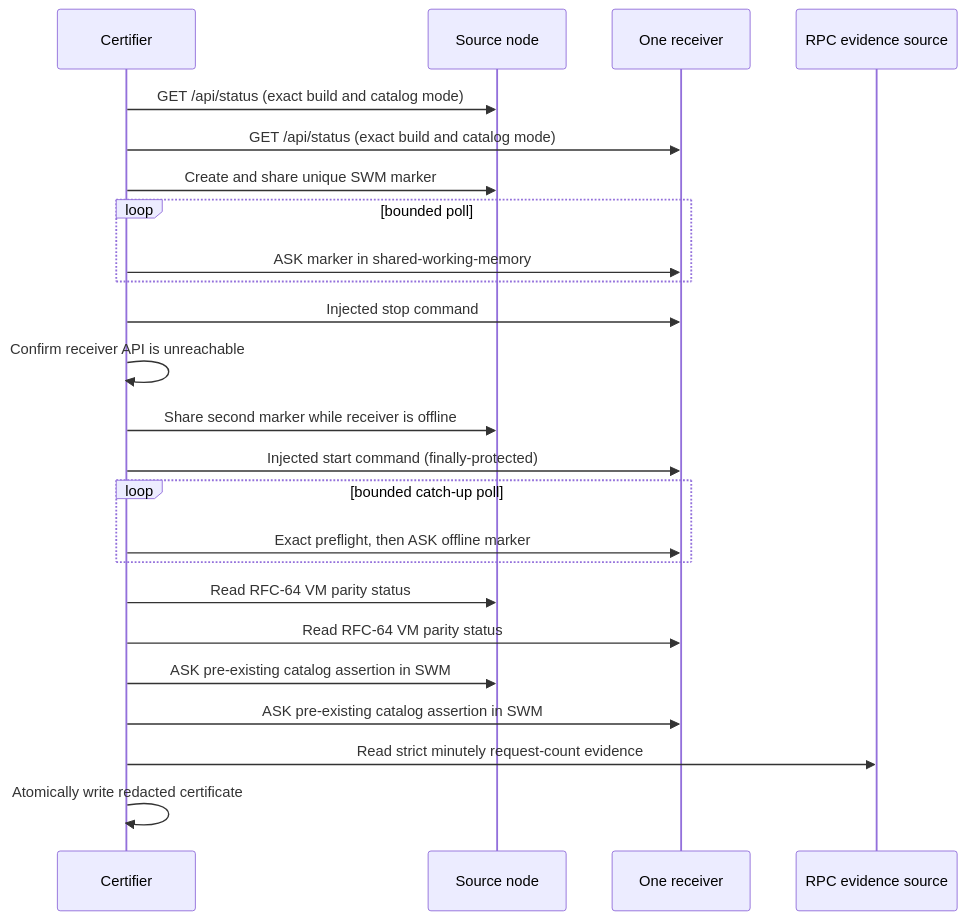
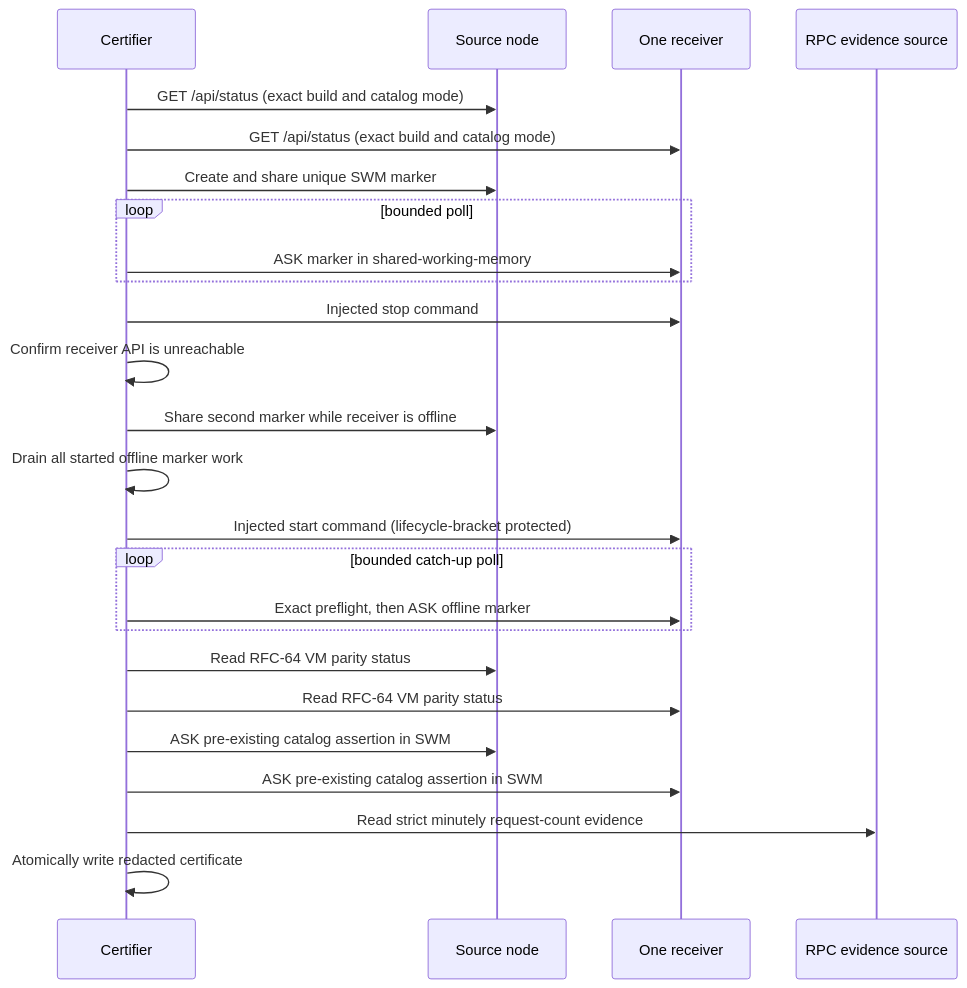
One commit to OriginTrail/dkg changed the diagram in packages/agent/devnet/rfc64-remote-canary/README.md. Above: the diagram before and after it, drawn with Mermaid. The commit also changed other lines of this file and 16 other files, not shown here.

````diff
--- a/packages/agent/devnet/rfc64-remote-canary/README.md
+++ b/packages/agent/devnet/rfc64-remote-canary/README.md
@@ -62,27 +63,28 @@
 ```mermaid
 sequenceDiagram
   participant C as Certifier
   participant S as Source node
   participant R as One receiver
   participant E as RPC evidence source
 
   C->>S: GET /api/status (exact build and catalog mode)
   C->>R: GET /api/status (exact build and catalog mode)
   C->>S: Create and share unique SWM marker
   loop bounded poll
     C->>R: ASK marker in shared-working-memory
   end
   C->>R: Injected stop command
   C->>C: Confirm receiver API is unreachable
   C->>S: Share second marker while receiver is offline
-  C->>R: Injected start command (finally-protected)
+  C->>C: Drain all started offline marker work
+  C->>R: Injected start command (lifecycle-bracket protected)
   loop bounded catch-up poll
     C->>R: Exact preflight, then ASK offline marker
   end
   C->>S: Read RFC-64 VM parity status
   C->>R: Read RFC-64 VM parity status
   C->>S: ASK pre-existing catalog assertion in SWM
   C->>R: ASK pre-existing catalog assertion in SWM
   C->>E: Read strict minutely request-count evidence
   C->>C: Atomically write redacted certificate
 ```
````
